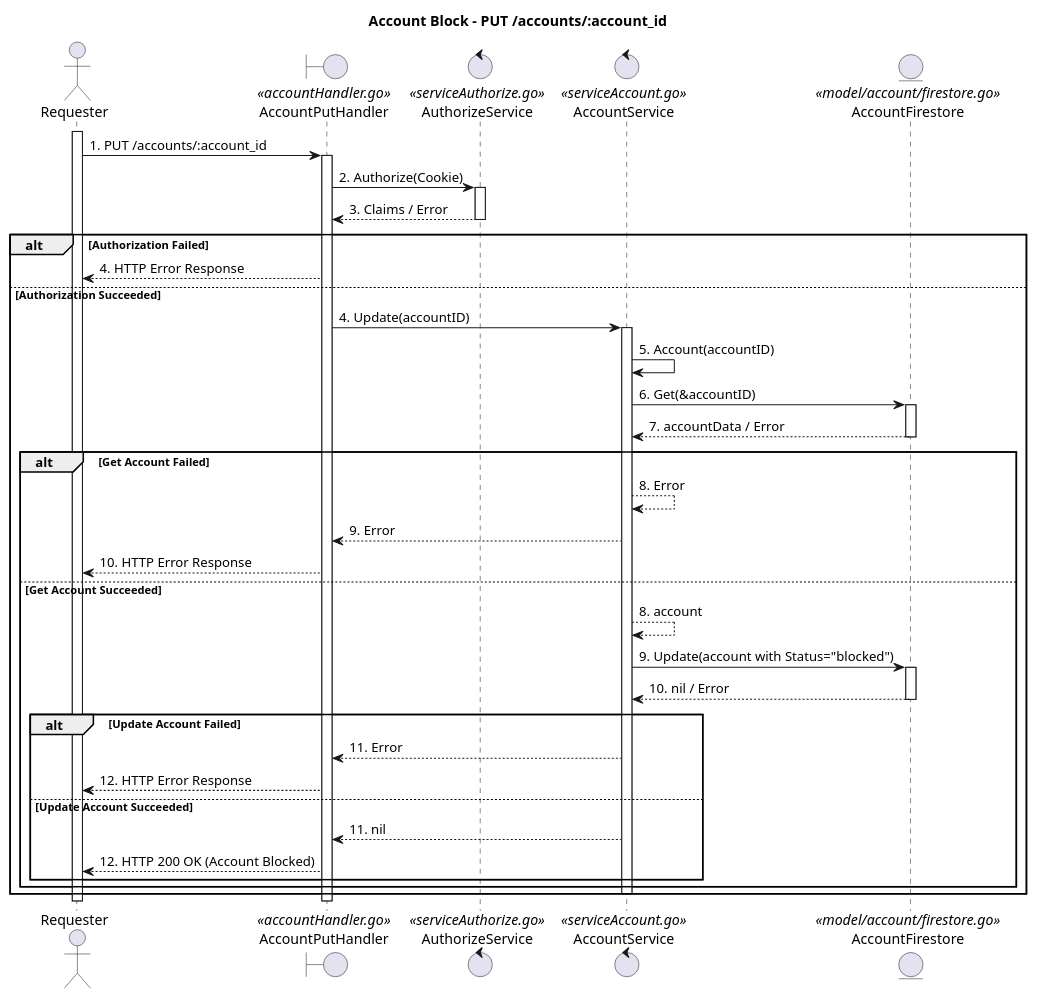
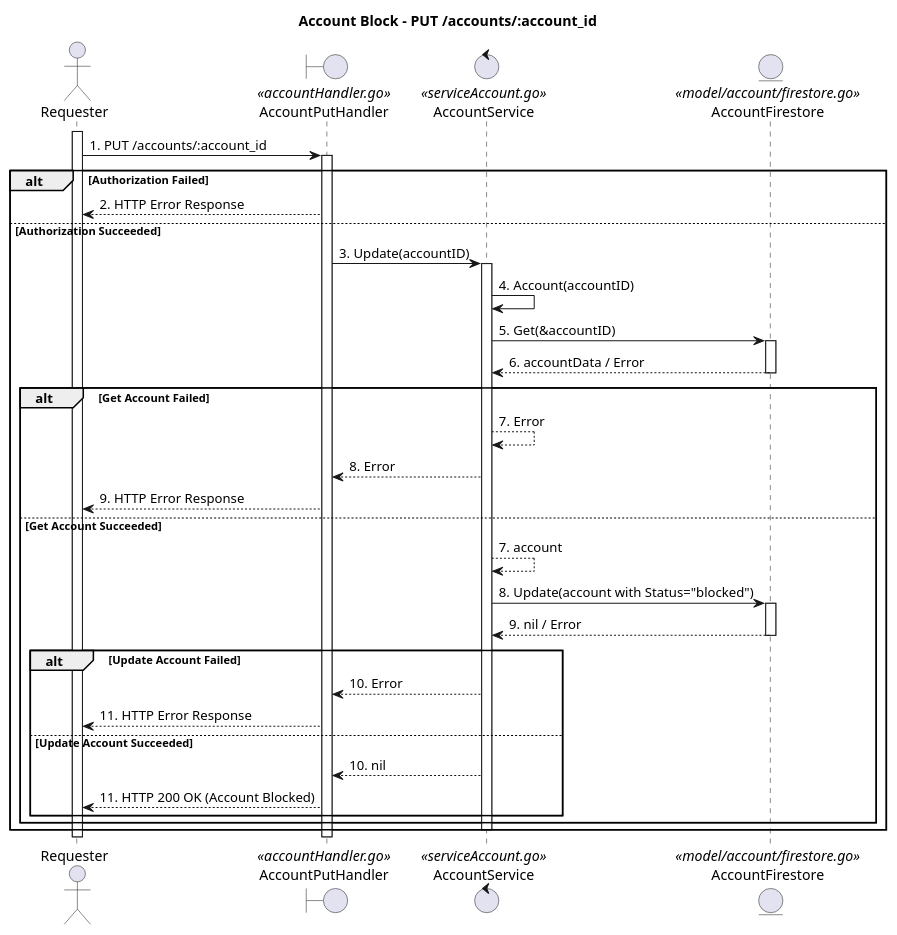
Before and after one commit to JulioKobayashiEbury/BankingAPI: the diagram in docs/Un(Block)/SequenciaAccountBlock.puml, drawn with PlantUML. The commit also changed 44 other files, not shown here.

```diff
--- a/docs/Un(Block)/SequenciaAccountBlock.puml
+++ b/docs/Un(Block)/SequenciaAccountBlock.puml
@@ -1,50 +1,46 @@
 @startuml
 title Account Block - PUT /accounts/:account_id
 
 actor Requester
 boundary AccountPutHandler <<accountHandler.go>>
-control AuthorizeService <<serviceAuthorize.go>>
 control AccountService <<serviceAccount.go>>
 entity AccountFirestore <<model/account/firestore.go>>
 
 activate Requester
 Requester -> AccountPutHandler : 1. PUT /accounts/:account_id
 activate AccountPutHandler
-AccountPutHandler -> AuthorizeService : 2. Authorize(Cookie)
-activate AuthorizeService
-AuthorizeService --> AccountPutHandler : 3. Claims / Error
-deactivate AuthorizeService
+
 alt Authorization Failed
-    AccountPutHandler --> Requester : 4. HTTP Error Response
+    AccountPutHandler --> Requester : 2. HTTP Error Response
 else Authorization Succeeded
-    AccountPutHandler -> AccountService : 4. Update(accountID)
+    AccountPutHandler -> AccountService : 3. Update(accountID)
     activate AccountService
-    AccountService -> AccountService : 5. Account(accountID)
-    AccountService -> AccountFirestore : 6. Get(&accountID)
+    AccountService -> AccountService : 4. Account(accountID)
+    AccountService -> AccountFirestore : 5. Get(&accountID)
     activate AccountFirestore
-    AccountFirestore --> AccountService : 7. accountData / Error
+    AccountFirestore --> AccountService : 6. accountData / Error
     deactivate AccountFirestore
     alt Get Account Failed
-        AccountService --> AccountService : 8. Error
-        AccountService --> AccountPutHandler : 9. Error
-        AccountPutHandler --> Requester : 10. HTTP Error Response
+        AccountService --> AccountService : 7. Error
+        AccountService --> AccountPutHandler : 8. Error
+        AccountPutHandler --> Requester : 9. HTTP Error Response
     else Get Account Succeeded
-        AccountService --> AccountService : 8. account
-        AccountService -> AccountFirestore : 9. Update(account with Status="blocked")
+        AccountService --> AccountService : 7. account
+        AccountService -> AccountFirestore : 8. Update(account with Status="blocked")
         activate AccountFirestore
-        AccountFirestore --> AccountService : 10. nil / Error
+        AccountFirestore --> AccountService : 9. nil / Error
         deactivate AccountFirestore
         alt Update Account Failed
-            AccountService --> AccountPutHandler : 11. Error
-            AccountPutHandler --> Requester : 12. HTTP Error Response
+            AccountService --> AccountPutHandler : 10. Error
+            AccountPutHandler --> Requester : 11. HTTP Error Response
         else Update Account Succeeded
-            AccountService --> AccountPutHandler : 11. nil
-            AccountPutHandler --> Requester : 12. HTTP 200 OK (Account Blocked)
+            AccountService --> AccountPutHandler : 10. nil
+            AccountPutHandler --> Requester : 11. HTTP 200 OK (Account Blocked)
         end
     end
     deactivate AccountService
 end
 deactivate AccountPutHandler
 deactivate Requester
 
 @enduml
```
